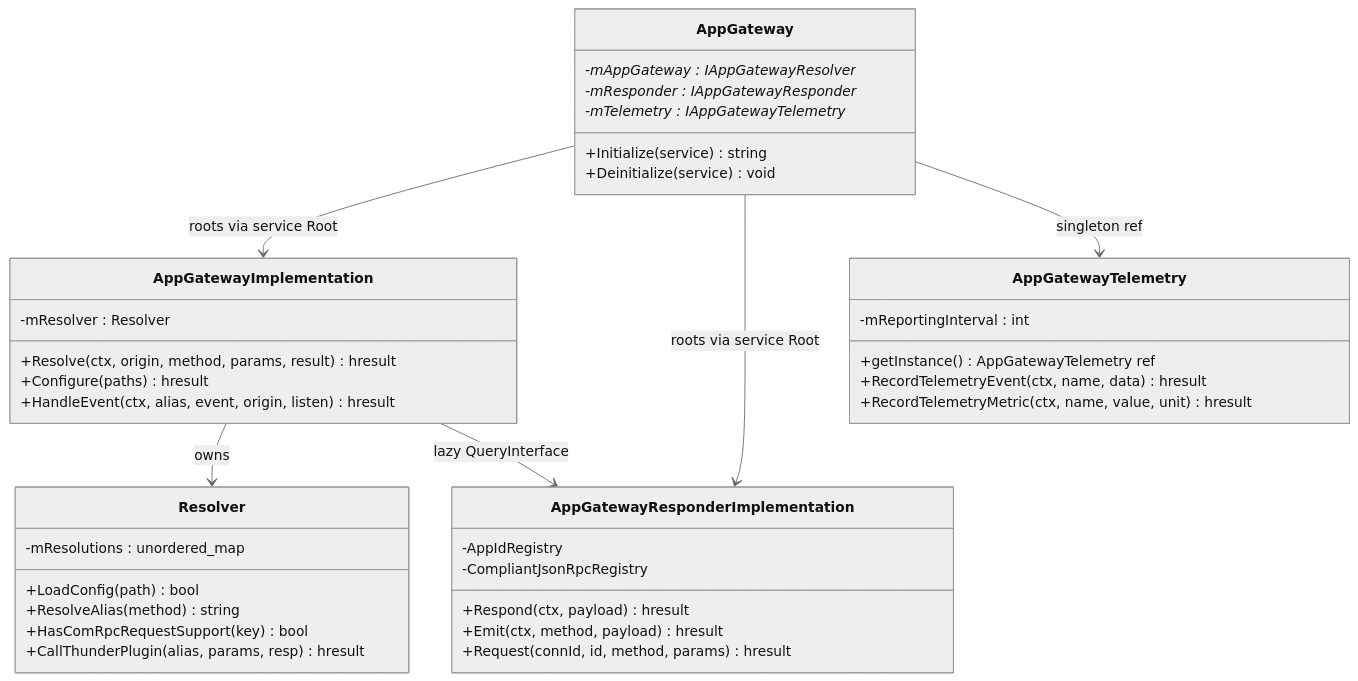
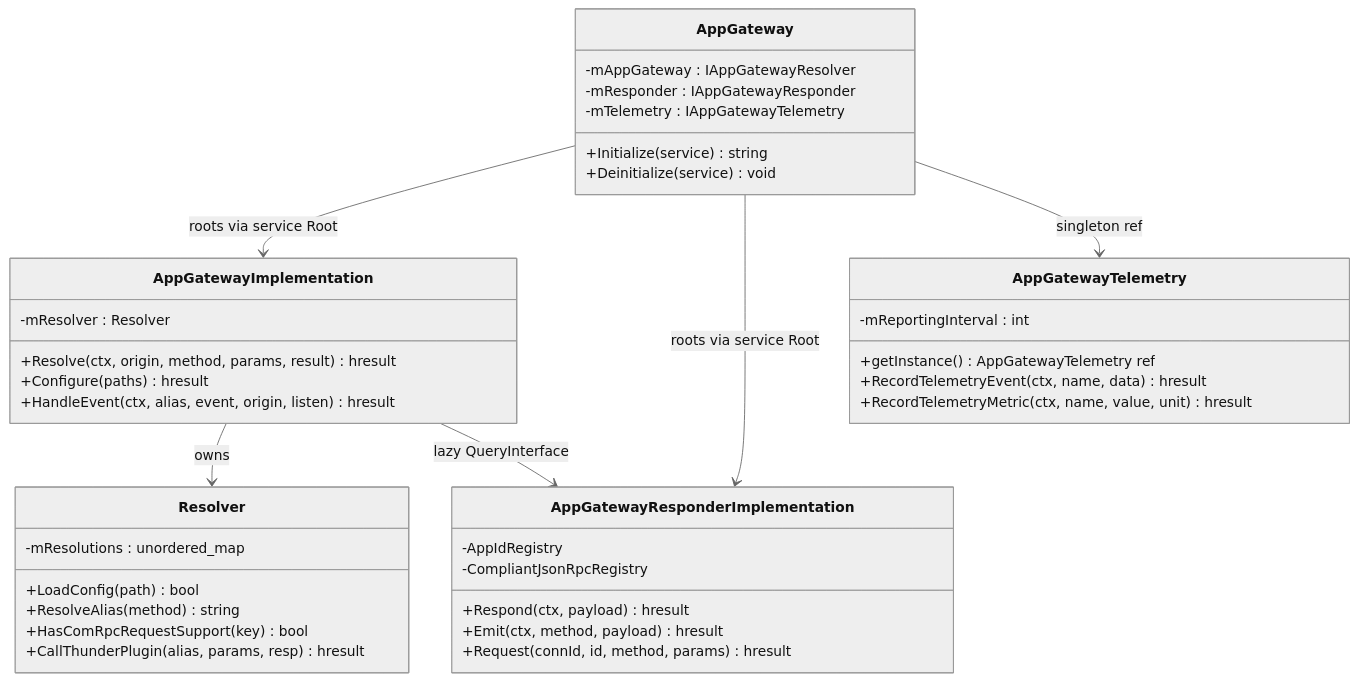
Before and after one commit to rdkcentral/entservices-appgateway: the second of 5 diagrams in AppGateway/AppGateway.md, drawn with Mermaid (neutral theme). The commit also changed 3 other files, not shown here.

````diff
--- a/AppGateway/AppGateway.md
+++ b/AppGateway/AppGateway.md
@@ -492,42 +492,42 @@
 ```mermaid
 classDiagram
     class AppGateway {
         +Initialize(service) string
         +Deinitialize(service) void
-        -mAppGateway : IAppGatewayResolver*
-        -mResponder  : IAppGatewayResponder*
-        -mTelemetry  : IAppGatewayTelemetry*
+        -mAppGateway : IAppGatewayResolver
+        -mResponder  : IAppGatewayResponder
+        -mTelemetry  : IAppGatewayTelemetry
     }
     class AppGatewayImplementation {
         +Resolve(ctx, origin, method, params, result) hresult
         +Configure(paths) hresult
         +HandleEvent(ctx, alias, event, origin, listen) hresult
         -mResolver : Resolver
     }
     class AppGatewayResponderImplementation {
         +Respond(ctx, payload) hresult
         +Emit(ctx, method, payload) hresult
         +Request(connId, id, method, params) hresult
         -AppIdRegistry
         -CompliantJsonRpcRegistry
     }
     class Resolver {
         +LoadConfig(path) bool
         +ResolveAlias(method) string
         +HasComRpcRequestSupport(key) bool
         +CallThunderPlugin(alias, params, resp) hresult
         -mResolutions : unordered_map
     }
     class AppGatewayTelemetry {
         +getInstance() AppGatewayTelemetry ref
         +RecordTelemetryEvent(ctx, name, data) hresult
         +RecordTelemetryMetric(ctx, name, value, unit) hresult
         -mReportingInterval : int
     }
 
     AppGateway --> AppGatewayImplementation : roots via service Root
     AppGateway --> AppGatewayResponderImplementation : roots via service Root
     AppGateway --> AppGatewayTelemetry : singleton ref
     AppGatewayImplementation --> Resolver : owns
     AppGatewayImplementation --> AppGatewayResponderImplementation : lazy QueryInterface
 ```
````
